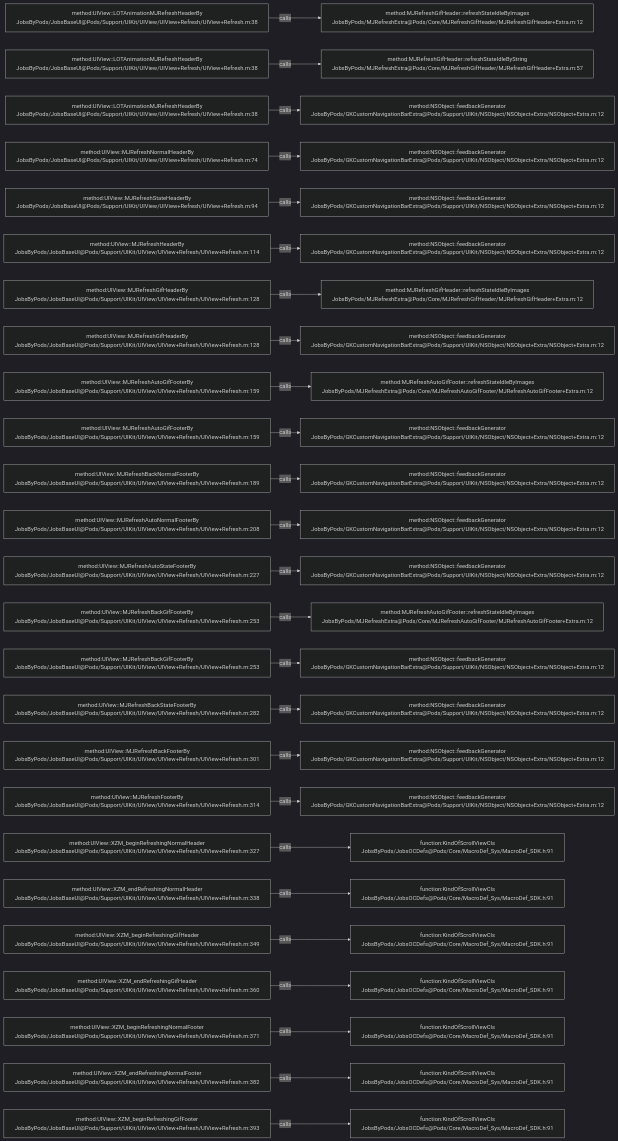
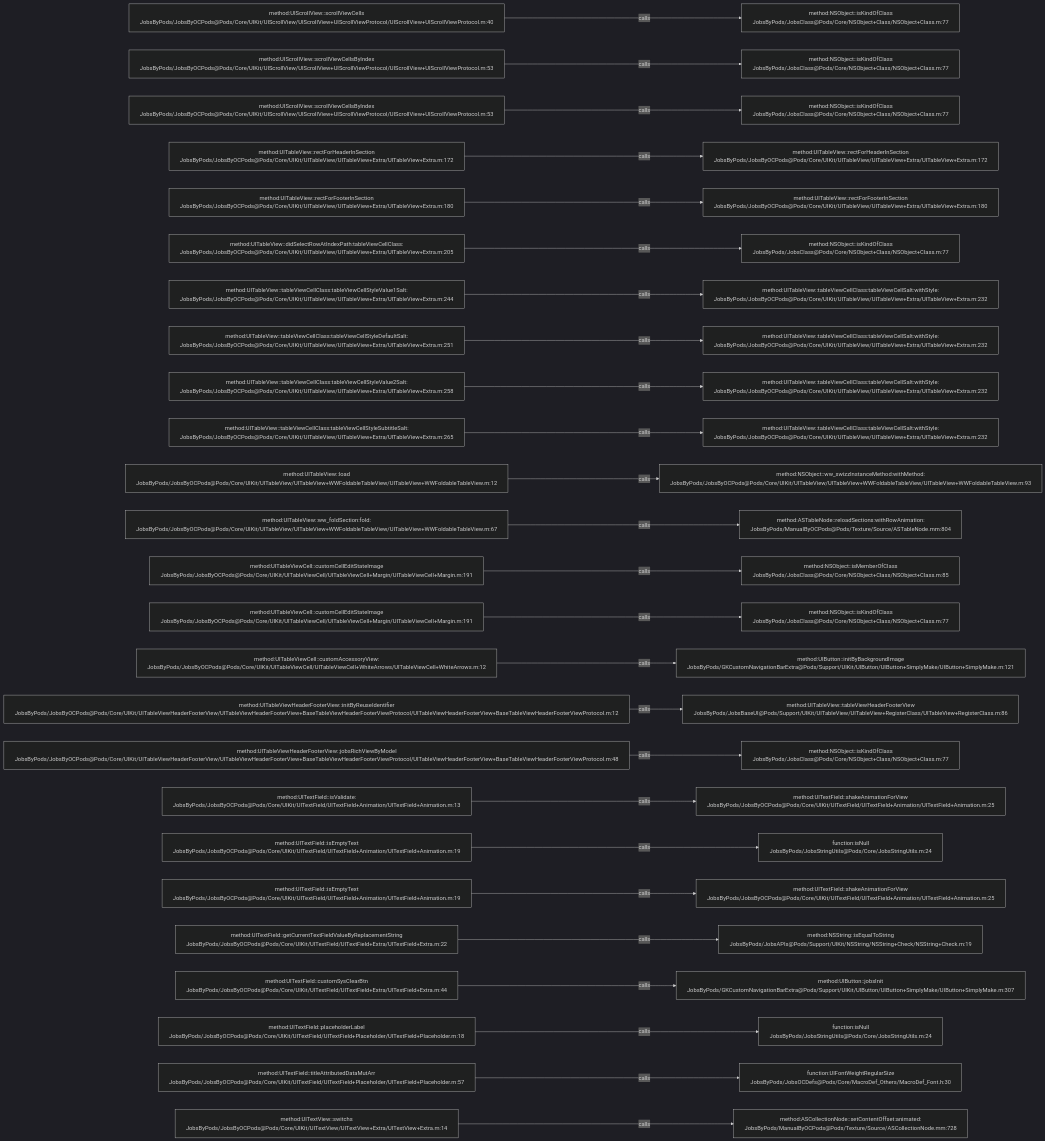
The diagram in .codegraph/codegraph.md/graphs/calls-063.md (JobsKits/JobsOCBaseConfigDemo), drawn with Mermaid (dark theme) before and after one commit. The commit also changed 1026 other files, not shown here.

````diff
--- a/.codegraph/codegraph.md/graphs/calls-063.md
+++ b/.codegraph/codegraph.md/graphs/calls-063.md
@@ -13,78 +13,78 @@
 ```mermaid
 flowchart LR
-  S1["method:UIView::LOTAnimationMJRefreshHeaderBy<br/>JobsByPods/JobsBaseUI@Pods/Support/UIKit/UIView/UIView+Refresh/UIView+Refresh.m:38"]
-  T1["method:MJRefreshGifHeader::refreshStateIdleByImages<br/>JobsByPods/MJRefreshExtra@Pods/Core/MJRefreshGifHeader/MJRefreshGifHeader+Extra.m:12"]
+  S1["method:UIScrollView::scrollViewCells<br/>JobsByPods/JobsByOCPods@Pods/Core/UIKit/UIScrollView/UIScrollView+UIScrollViewProtocol/UIScrollView+UIScrollViewProtocol.m:40"]
+  T1["method:NSObject::isKindOfClass<br/>JobsByPods/JobsClass@Pods/Core/NSObject+Class/NSObject+Class.m:77"]
   S1 -->|calls| T1
-  S2["method:UIView::LOTAnimationMJRefreshHeaderBy<br/>JobsByPods/JobsBaseUI@Pods/Support/UIKit/UIView/UIView+Refresh/UIView+Refresh.m:38"]
-  T2["method:MJRefreshGifHeader::refreshStateIdleByString<br/>JobsByPods/MJRefreshExtra@Pods/Core/MJRefreshGifHeader/MJRefreshGifHeader+Extra.m:57"]
+  S2["method:UIScrollView::scrollViewCellsByIndex<br/>JobsByPods/JobsByOCPods@Pods/Core/UIKit/UIScrollView/UIScrollView+UIScrollViewProtocol/UIScrollView+UIScrollViewProtocol.m:53"]
+  T2["method:NSObject::isKindOfClass<br/>JobsByPods/JobsClass@Pods/Core/NSObject+Class/NSObject+Class.m:77"]
   S2 -->|calls| T2
-  S3["method:UIView::LOTAnimationMJRefreshHeaderBy<br/>JobsByPods/JobsBaseUI@Pods/Support/UIKit/UIView/UIView+Refresh/UIView+Refresh.m:38"]
-  T3["method:NSObject::feedbackGenerator<br/>JobsByPods/GKCustomNavigationBarExtra@Pods/Support/UIKit/NSObject/NSObject+Extra/NSObject+Extra.m:12"]
+  S3["method:UIScrollView::scrollViewCellsByIndex<br/>JobsByPods/JobsByOCPods@Pods/Core/UIKit/UIScrollView/UIScrollView+UIScrollViewProtocol/UIScrollView+UIScrollViewProtocol.m:53"]
+  T3["method:NSObject::isKindOfClass<br/>JobsByPods/JobsClass@Pods/Core/NSObject+Class/NSObject+Class.m:77"]
   S3 -->|calls| T3
-  S4["method:UIView::MJRefreshNormalHeaderBy<br/>JobsByPods/JobsBaseUI@Pods/Support/UIKit/UIView/UIView+Refresh/UIView+Refresh.m:74"]
-  T4["method:NSObject::feedbackGenerator<br/>JobsByPods/GKCustomNavigationBarExtra@Pods/Support/UIKit/NSObject/NSObject+Extra/NSObject+Extra.m:12"]
+  S4["method:UITableView::rectForHeaderInSection<br/>JobsByPods/JobsByOCPods@Pods/Core/UIKit/UITableView/UITableView+Extra/UITableView+Extra.m:172"]
+  T4["method:UITableView::rectForHeaderInSection<br/>JobsByPods/JobsByOCPods@Pods/Core/UIKit/UITableView/UITableView+Extra/UITableView+Extra.m:172"]
   S4 -->|calls| T4
-  S5["method:UIView::MJRefreshStateHeaderBy<br/>JobsByPods/JobsBaseUI@Pods/Support/UIKit/UIView/UIView+Refresh/UIView+Refresh.m:94"]
-  T5["method:NSObject::feedbackGenerator<br/>JobsByPods/GKCustomNavigationBarExtra@Pods/Support/UIKit/NSObject/NSObject+Extra/NSObject+Extra.m:12"]
+  S5["method:UITableView::rectForFooterInSection<br/>JobsByPods/JobsByOCPods@Pods/Core/UIKit/UITableView/UITableView+Extra/UITableView+Extra.m:180"]
+  T5["method:UITableView::rectForFooterInSection<br/>JobsByPods/JobsByOCPods@Pods/Core/UIKit/UITableView/UITableView+Extra/UITableView+Extra.m:180"]
   S5 -->|calls| T5
-  S6["method:UIView::MJRefreshHeaderBy<br/>JobsByPods/JobsBaseUI@Pods/Support/UIKit/UIView/UIView+Refresh/UIView+Refresh.m:114"]
-  T6["method:NSObject::feedbackGenerator<br/>JobsByPods/GKCustomNavigationBarExtra@Pods/Support/UIKit/NSObject/NSObject+Extra/NSObject+Extra.m:12"]
+  S6["method:UITableView::didSelectRowAtIndexPath:tableViewCellClass:<br/>JobsByPods/JobsByOCPods@Pods/Core/UIKit/UITableView/UITableView+Extra/UITableView+Extra.m:205"]
+  T6["method:NSObject::isKindOfClass<br/>JobsByPods/JobsClass@Pods/Core/NSObject+Class/NSObject+Class.m:77"]
   S6 -->|calls| T6
-  S7["method:UIView::MJRefreshGifHeaderBy<br/>JobsByPods/JobsBaseUI@Pods/Support/UIKit/UIView/UIView+Refresh/UIView+Refresh.m:128"]
-  T7["method:MJRefreshGifHeader::refreshStateIdleByImages<br/>JobsByPods/MJRefreshExtra@Pods/Core/MJRefreshGifHeader/MJRefreshGifHeader+Extra.m:12"]
+  S7["method:UITableView::tableViewCellClass:tableViewCellStyleValue1Salt:<br/>JobsByPods/JobsByOCPods@Pods/Core/UIKit/UITableView/UITableView+Extra/UITableView+Extra.m:244"]
+  T7["method:UITableView::tableViewCellClass:tableViewCellSalt:withStyle:<br/>JobsByPods/JobsByOCPods@Pods/Core/UIKit/UITableView/UITableView+Extra/UITableView+Extra.m:232"]
   S7 -->|calls| T7
-  S8["method:UIView::MJRefreshGifHeaderBy<br/>JobsByPods/JobsBaseUI@Pods/Support/UIKit/UIView/UIView+Refresh/UIView+Refresh.m:128"]
-  T8["method:NSObject::feedbackGenerator<br/>JobsByPods/GKCustomNavigationBarExtra@Pods/Support/UIKit/NSObject/NSObject+Extra/NSObject+Extra.m:12"]
+  S8["method:UITableView::tableViewCellClass:tableViewCellStyleDefaultSalt:<br/>JobsByPods/JobsByOCPods@Pods/Core/UIKit/UITableView/UITableView+Extra/UITableView+Extra.m:251"]
+  T8["method:UITableView::tableViewCellClass:tableViewCellSalt:withStyle:<br/>JobsByPods/JobsByOCPods@Pods/Core/UIKit/UITableView/UITableView+Extra/UITableView+Extra.m:232"]
   S8 -->|calls| T8
-  S9["method:UIView::MJRefreshAutoGifFooterBy<br/>JobsByPods/JobsBaseUI@Pods/Support/UIKit/UIView/UIView+Refresh/UIView+Refresh.m:159"]
-  T9["method:MJRefreshAutoGifFooter::refreshStateIdleByImages<br/>JobsByPods/MJRefreshExtra@Pods/Core/MJRefreshAutoGifFooter/MJRefreshAutoGifFooter+Extra.m:12"]
+  S9["method:UITableView::tableViewCellClass:tableViewCellStyleValue2Salt:<br/>JobsByPods/JobsByOCPods@Pods/Core/UIKit/UITableView/UITableView+Extra/UITableView+Extra.m:258"]
+  T9["method:UITableView::tableViewCellClass:tableViewCellSalt:withStyle:<br/>JobsByPods/JobsByOCPods@Pods/Core/UIKit/UITableView/UITableView+Extra/UITableView+Extra.m:232"]
   S9 -->|calls| T9
-  S10["method:UIView::MJRefreshAutoGifFooterBy<br/>JobsByPods/JobsBaseUI@Pods/Support/UIKit/UIView/UIView+Refresh/UIView+Refresh.m:159"]
-  T10["method:NSObject::feedbackGenerator<br/>JobsByPods/GKCustomNavigationBarExtra@Pods/Support/UIKit/NSObject/NSObject+Extra/NSObject+Extra.m:12"]
+  S10["method:UITableView::tableViewCellClass:tableViewCellStyleSubtitleSalt:<br/>JobsByPods/JobsByOCPods@Pods/Core/UIKit/UITableView/UITableView+Extra/UITableView+Extra.m:265"]
+  T10["method:UITableView::tableViewCellClass:tableViewCellSalt:withStyle:<br/>JobsByPods/JobsByOCPods@Pods/Core/UIKit/UITableView/UITableView+Extra/UITableView+Extra.m:232"]
   S10 -->|calls| T10
-  S11["method:UIView::MJRefreshBackNormalFooterBy<br/>JobsByPods/JobsBaseUI@Pods/Support/UIKit/UIView/UIView+Refresh/UIView+Refresh.m:189"]
-  T11["method:NSObject::feedbackGenerator<br/>JobsByPods/GKCustomNavigationBarExtra@Pods/Support/UIKit/NSObject/NSObject+Extra/NSObject+Extra.m:12"]
+  S11["method:UITableView::load<br/>JobsByPods/JobsByOCPods@Pods/Core/UIKit/UITableView/UITableView+WWFoldableTableView/UITableView+WWFoldableTableView.m:12"]
+  T11["method:NSObject::ww_swizzInstanceMethod:withMethod:<br/>JobsByPods/JobsByOCPods@Pods/Core/UIKit/UITableView/UITableView+WWFoldableTableView/UITableView+WWFoldableTableView.m:93"]
   S11 -->|calls| T11
-  S12["method:UIView::MJRefreshAutoNormalFooterBy<br/>JobsByPods/JobsBaseUI@Pods/Support/UIKit/UIView/UIView+Refresh/UIView+Refresh.m:208"]
-  T12["method:NSObject::feedbackGenerator<br/>JobsByPods/GKCustomNavigationBarExtra@Pods/Support/UIKit/NSObject/NSObject+Extra/NSObject+Extra.m:12"]
+  S12["method:UITableView::ww_foldSection:fold:<br/>JobsByPods/JobsByOCPods@Pods/Core/UIKit/UITableView/UITableView+WWFoldableTableView/UITableView+WWFoldableTableView.m:67"]
+  T12["method:ASTableNode::reloadSections:withRowAnimation:<br/>JobsByPods/ManualByOCPods@Pods/Texture/Source/ASTableNode.mm:804"]
   S12 -->|calls| T12
-  S13["method:UIView::MJRefreshAutoStateFooterBy<br/>JobsByPods/JobsBaseUI@Pods/Support/UIKit/UIView/UIView+Refresh/UIView+Refresh.m:227"]
-  T13["method:NSObject::feedbackGenerator<br/>JobsByPods/GKCustomNavigationBarExtra@Pods/Support/UIKit/NSObject/NSObject+Extra/NSObject+Extra.m:12"]
+  S13["method:UITableViewCell::customCellEditStateImage<br/>JobsByPods/JobsByOCPods@Pods/Core/UIKit/UITableViewCell/UITableViewCell+Margin/UITableViewCell+Margin.m:191"]
+  T13["method:NSObject::isMemberOfClass<br/>JobsByPods/JobsClass@Pods/Core/NSObject+Class/NSObject+Class.m:85"]
   S13 -->|calls| T13
-  S14["method:UIView::MJRefreshBackGifFooterBy<br/>JobsByPods/JobsBaseUI@Pods/Support/UIKit/UIView/UIView+Refresh/UIView+Refresh.m:253"]
-  T14["method:MJRefreshAutoGifFooter::refreshStateIdleByImages<br/>JobsByPods/MJRefreshExtra@Pods/Core/MJRefreshAutoGifFooter/MJRefreshAutoGifFooter+Extra.m:12"]
+  S14["method:UITableViewCell::customCellEditStateImage<br/>JobsByPods/JobsByOCPods@Pods/Core/UIKit/UITableViewCell/UITableViewCell+Margin/UITableViewCell+Margin.m:191"]
+  T14["method:NSObject::isKindOfClass<br/>JobsByPods/JobsClass@Pods/Core/NSObject+Class/NSObject+Class.m:77"]
   S14 -->|calls| T14
-  S15["method:UIView::MJRefreshBackGifFooterBy<br/>JobsByPods/JobsBaseUI@Pods/Support/UIKit/UIView/UIView+Refresh/UIView+Refresh.m:253"]
-  T15["method:NSObject::feedbackGenerator<br/>JobsByPods/GKCustomNavigationBarExtra@Pods/Support/UIKit/NSObject/NSObject+Extra/NSObject+Extra.m:12"]
+  S15["method:UITableViewCell::customAccessoryView:<br/>JobsByPods/JobsByOCPods@Pods/Core/UIKit/UITableViewCell/UITableViewCell+WhiteArrows/UITableViewCell+WhiteArrows.m:12"]
+  T15["method:UIButton::initByBackgroundImage<br/>JobsByPods/GKCustomNavigationBarExtra@Pods/Support/UIKit/UIButton/UIButton+SimplyMake/UIButton+SimplyMake.m:121"]
   S15 -->|calls| T15
-  S16["method:UIView::MJRefreshBackStateFooterBy<br/>JobsByPods/JobsBaseUI@Pods/Support/UIKit/UIView/UIView+Refresh/UIView+Refresh.m:282"]
-  T16["method:NSObject::feedbackGenerator<br/>JobsByPods/GKCustomNavigationBarExtra@Pods/Support/UIKit/NSObject/NSObject+Extra/NSObject+Extra.m:12"]
+  S16["method:UITableViewHeaderFooterView::initByReuseIdentifier<br/>JobsByPods/JobsByOCPods@Pods/Core/UIKit/UITableViewHeaderFooterView/UITableViewHeaderFooterView+BaseTableViewHeaderFooterViewProtocol/UITableViewHeaderFooterView+BaseTableViewHeaderFooterViewProtocol.m:12"]
+  T16["method:UITableView::tableViewHeaderFooterView<br/>JobsByPods/JobsBaseUI@Pods/Support/UIKit/UITableView/UITableView+RegisterClass/UITableView+RegisterClass.m:86"]
   S16 -->|calls| T16
-  S17["method:UIView::MJRefreshBackFooterBy<br/>JobsByPods/JobsBaseUI@Pods/Support/UIKit/UIView/UIView+Refresh/UIView+Refresh.m:301"]
-  T17["method:NSObject::feedbackGenerator<br/>JobsByPods/GKCustomNavigationBarExtra@Pods/Support/UIKit/NSObject/NSObject+Extra/NSObject+Extra.m:12"]
+  S17["method:UITableViewHeaderFooterView::jobsRichViewByModel<br/>JobsByPods/JobsByOCPods@Pods/Core/UIKit/UITableViewHeaderFooterView/UITableViewHeaderFooterView+BaseTableViewHeaderFooterViewProtocol/UITableViewHeaderFooterView+BaseTableViewHeaderFooterViewProtocol.m:48"]
+  T17["method:NSObject::isKindOfClass<br/>JobsByPods/JobsClass@Pods/Core/NSObject+Class/NSObject+Class.m:77"]
   S17 -->|calls| T17
-  S18["method:UIView::MJRefreshFooterBy<br/>JobsByPods/JobsBaseUI@Pods/Support/UIKit/UIView/UIView+Refresh/UIView+Refresh.m:314"]
-  T18["method:NSObject::feedbackGenerator<br/>JobsByPods/GKCustomNavigationBarExtra@Pods/Support/UIKit/NSObject/NSObject+Extra/NSObject+Extra.m:12"]
+  S18["method:UITextField::isValidate:<br/>JobsByPods/JobsByOCPods@Pods/Core/UIKit/UITextField/UITextField+Animation/UITextField+Animation.m:13"]
+  T18["method:UITextField::shakeAnimationForView<br/>JobsByPods/JobsByOCPods@Pods/Core/UIKit/UITextField/UITextField+Animation/UITextField+Animation.m:25"]
   S18 -->|calls| T18
-  S19["method:UIView::XZM_beginRefreshingNormalHeader<br/>JobsByPods/JobsBaseUI@Pods/Support/UIKit/UIView/UIView+Refresh/UIView+Refresh.m:327"]
-  T19["function:KindOfScrollViewCls<br/>JobsByPods/JobsOCDefs@Pods/Core/MacroDef_Sys/MacroDef_SDK.h:91"]
+  S19["method:UITextField::isEmptyText<br/>JobsByPods/JobsByOCPods@Pods/Core/UIKit/UITextField/UITextField+Animation/UITextField+Animation.m:19"]
+  T19["function:isNull<br/>JobsByPods/JobsStringUtils@Pods/Core/JobsStringUtils.m:24"]
   S19 -->|calls| T19
-  S20["method:UIView::XZM_endRefreshingNormalHeader<br/>JobsByPods/JobsBaseUI@Pods/Support/UIKit/UIView/UIView+Refresh/UIView+Refresh.m:338"]
-  T20["function:KindOfScrollViewCls<br/>JobsByPods/JobsOCDefs@Pods/Core/MacroDef_Sys/MacroDef_SDK.h:91"]
+  S20["method:UITextField::isEmptyText<br/>JobsByPods/JobsByOCPods@Pods/Core/UIKit/UITextField/UITextField+Animation/UITextField+Animation.m:19"]
+  T20["method:UITextField::shakeAnimationForView<br/>JobsByPods/JobsByOCPods@Pods/Core/UIKit/UITextField/UITextField+Animation/UITextField+Animation.m:25"]
   S20 -->|calls| T20
-  S21["method:UIView::XZM_beginRefreshingGifHeader<br/>JobsByPods/JobsBaseUI@Pods/Support/UIKit/UIView/UIView+Refresh/UIView+Refresh.m:349"]
-  T21["function:KindOfScrollViewCls<br/>JobsByPods/JobsOCDefs@Pods/Core/MacroDef_Sys/MacroDef_SDK.h:91"]
+  S21["method:UITextField::getCurrentTextFieldValueByReplacementString<br/>JobsByPods/JobsByOCPods@Pods/Core/UIKit/UITextField/UITextField+Extra/UITextField+Extra.m:22"]
+  T21["method:NSString::isEqualToString<br/>JobsByPods/JobsAPIs@Pods/Support/UIKit/NSString/NSString+Check/NSString+Check.m:19"]
   S21 -->|calls| T21
-  S22["method:UIView::XZM_endRefreshingGifHeader<br/>JobsByPods/JobsBaseUI@Pods/Support/UIKit/UIView/UIView+Refresh/UIView+Refresh.m:360"]
-  T22["function:KindOfScrollViewCls<br/>JobsByPods/JobsOCDefs@Pods/Core/MacroDef_Sys/MacroDef_SDK.h:91"]
+  S22["method:UITextField::customSysClearBtn<br/>JobsByPods/JobsByOCPods@Pods/Core/UIKit/UITextField/UITextField+Extra/UITextField+Extra.m:44"]
+  T22["method:UIButton::jobsInit<br/>JobsByPods/GKCustomNavigationBarExtra@Pods/Support/UIKit/UIButton/UIButton+SimplyMake/UIButton+SimplyMake.m:307"]
   S22 -->|calls| T22
-  S23["method:UIView::XZM_beginRefreshingNormalFooter<br/>JobsByPods/JobsBaseUI@Pods/Support/UIKit/UIView/UIView+Refresh/UIView+Refresh.m:371"]
-  T23["function:KindOfScrollViewCls<br/>JobsByPods/JobsOCDefs@Pods/Core/MacroDef_Sys/MacroDef_SDK.h:91"]
+  S23["method:UITextField::placeholderLabel<br/>JobsByPods/JobsByOCPods@Pods/Core/UIKit/UITextField/UITextField+Placeholder/UITextField+Placeholder.m:18"]
+  T23["function:isNull<br/>JobsByPods/JobsStringUtils@Pods/Core/JobsStringUtils.m:24"]
   S23 -->|calls| T23
-  S24["method:UIView::XZM_endRefreshingNormalFooter<br/>JobsByPods/JobsBaseUI@Pods/Support/UIKit/UIView/UIView+Refresh/UIView+Refresh.m:382"]
-  T24["function:KindOfScrollViewCls<br/>JobsByPods/JobsOCDefs@Pods/Core/MacroDef_Sys/MacroDef_SDK.h:91"]
+  S24["method:UITextField::titleAttributedDataMutArr<br/>JobsByPods/JobsByOCPods@Pods/Core/UIKit/UITextField/UITextField+Placeholder/UITextField+Placeholder.m:57"]
+  T24["function:UIFontWeightRegularSize<br/>JobsByPods/JobsOCDefs@Pods/Core/MacroDef_Others/MacroDef_Font.h:30"]
   S24 -->|calls| T24
-  S25["method:UIView::XZM_beginRefreshingGifFooter<br/>JobsByPods/JobsBaseUI@Pods/Support/UIKit/UIView/UIView+Refresh/UIView+Refresh.m:393"]
-  T25["function:KindOfScrollViewCls<br/>JobsByPods/JobsOCDefs@Pods/Core/MacroDef_Sys/MacroDef_SDK.h:91"]
+  S25["method:UITextView::switchs<br/>JobsByPods/JobsByOCPods@Pods/Core/UIKit/UITextView/UITextView+Extra/UITextView+Extra.m:14"]
+  T25["method:ASCollectionNode::setContentOffset:animated:<br/>JobsByPods/ManualByOCPods@Pods/Texture/Source/ASCollectionNode.mm:728"]
   S25 -->|calls| T25
 ```
````
